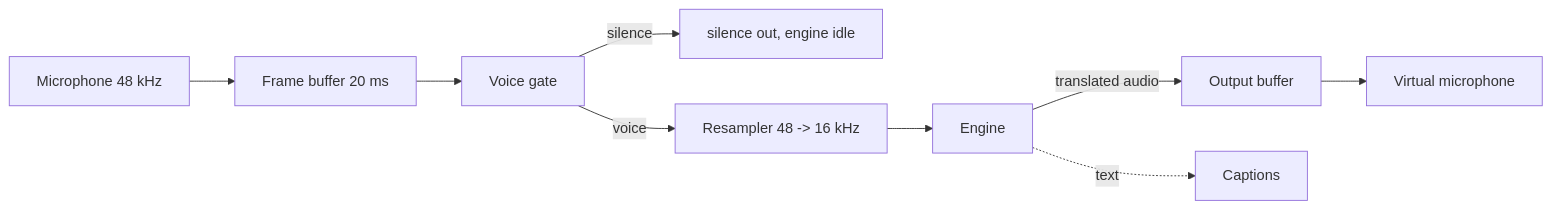
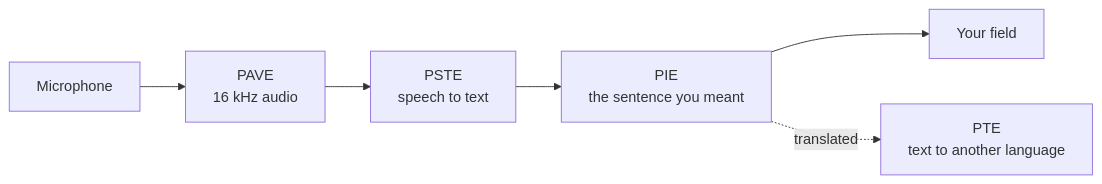
Before and after one commit to PedroNascimento09/Parlo: the diagram in README.md, drawn with Mermaid. The commit also changed other lines of this file and 5 other files, not shown here.

````diff
--- a/README.md
+++ b/README.md
@@ -234,11 +96,8 @@
 ```mermaid
 flowchart LR
-    A[Microphone 48 kHz] --> B[Frame buffer 20 ms]
-    B --> C[Voice gate]
-    C -->|silence| S[silence out, engine idle]
-    C -->|voice| D[Resampler 48 -> 16 kHz]
-    D --> E[Engine]
-    E -->|translated audio| F[Output buffer]
-    F --> G[Virtual microphone]
-    E -.->|text| H[Captions]
+    M[Microphone] --> A[PAVE<br/>16 kHz audio]
+    A --> S[PSTE<br/>speech to text]
+    S --> I[PIE<br/>the sentence you meant]
+    I --> F[Your field]
+    I -.->|translated| T[PTE<br/>text to another language]
 ```
````
